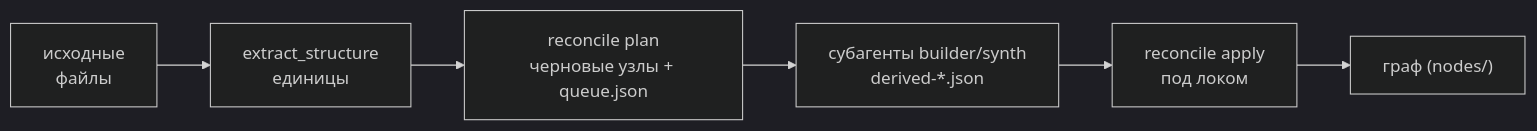
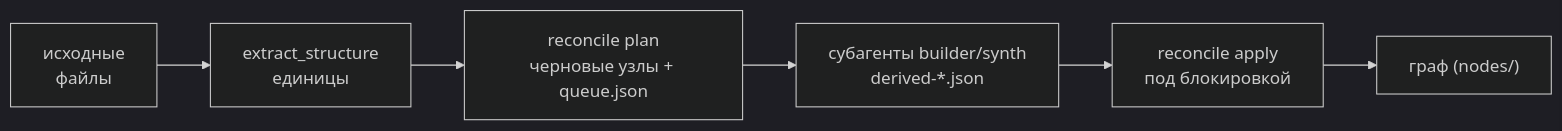
Before and after one commit to Kvazar123/llm-amg: the second of 4 diagrams in docs/ru/architecture/01-overview.md, drawn with Mermaid (dark theme). The commit also changed other lines of this file and 13 other files, not shown here.

````diff
--- a/docs/ru/architecture/01-overview.md
+++ b/docs/ru/architecture/01-overview.md
@@ -118,8 +118,8 @@
 ```mermaid
 flowchart LR
     SRC["исходные<br/>файлы"] --> EX["extract_structure<br/>единицы"]
     EX --> PLAN["reconcile plan<br/>черновые узлы + queue.json"]
     PLAN --> SUB["субагенты builder/synth<br/>derived-*.json"]
-    SUB --> APPLY["reconcile apply<br/>под локом"]
+    SUB --> APPLY["reconcile apply<br/>под блокировкой"]
     APPLY --> G["граф (nodes/)"]
 ```
````
